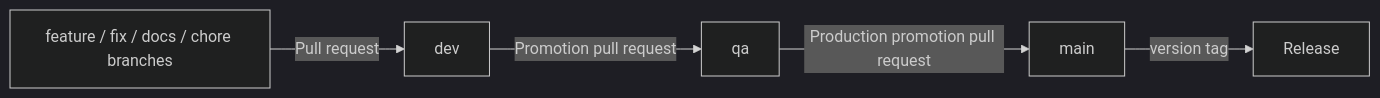
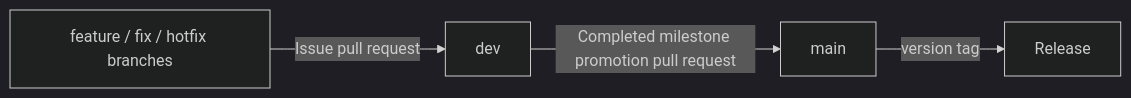
Before and after one commit to Alexandre-Tortoza/ai-skills: the diagram in docs/branching-strategy.md, drawn with Mermaid (dark theme). The commit also changed other lines of this file and 5 other files, not shown here.

Commit message:
docs: simplify branch promotion flow

````diff
--- a/docs/branching-strategy.md
+++ b/docs/branching-strategy.md
@@ -5,7 +5,6 @@
 ```mermaid
 flowchart LR
-    T[feature / fix / docs / chore branches] -->|Pull request| D[dev]
-    D -->|Promotion pull request| Q[qa]
-    Q -->|Production promotion pull request| M[main]
+    T[feature / fix / hotfix branches] -->|Issue pull request| D[dev]
+    D -->|Completed milestone promotion pull request| M[main]
     M -->|version tag| R[Release]
 ```
````
